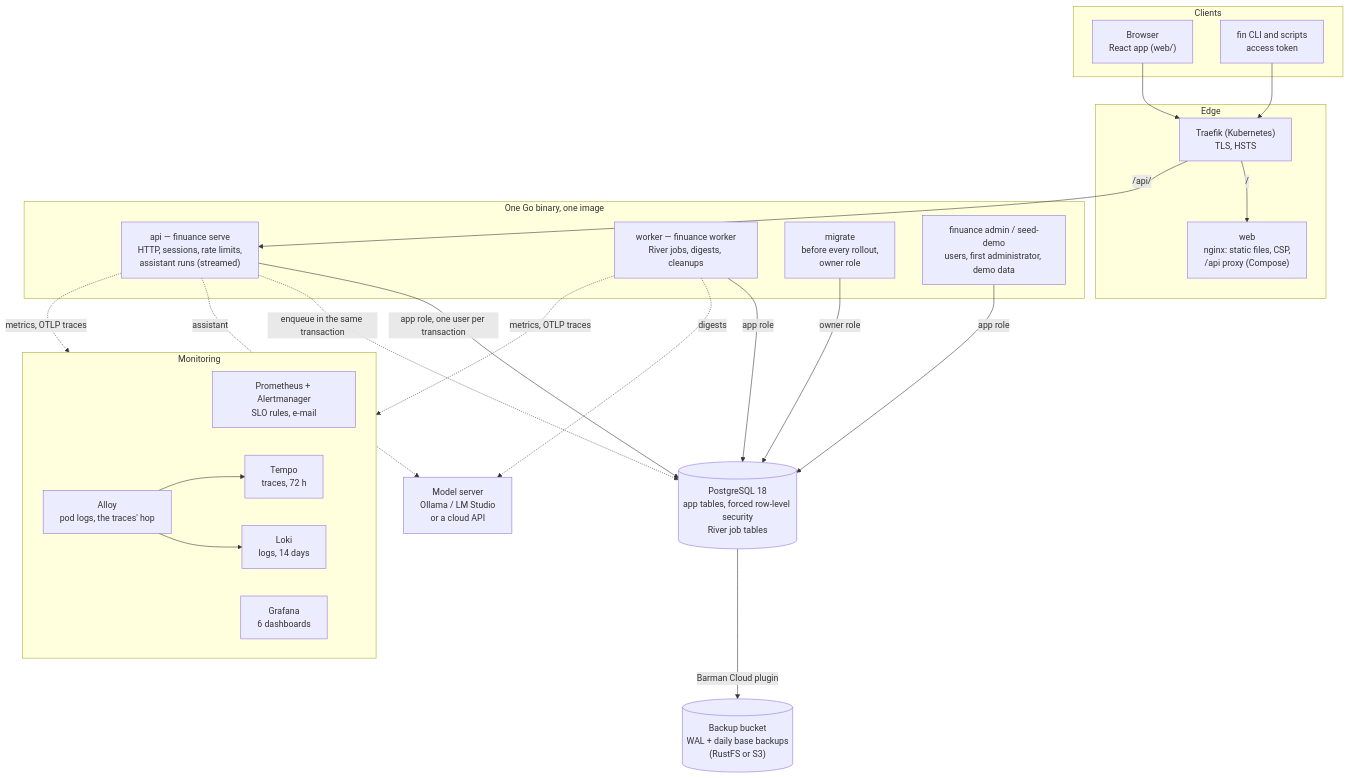
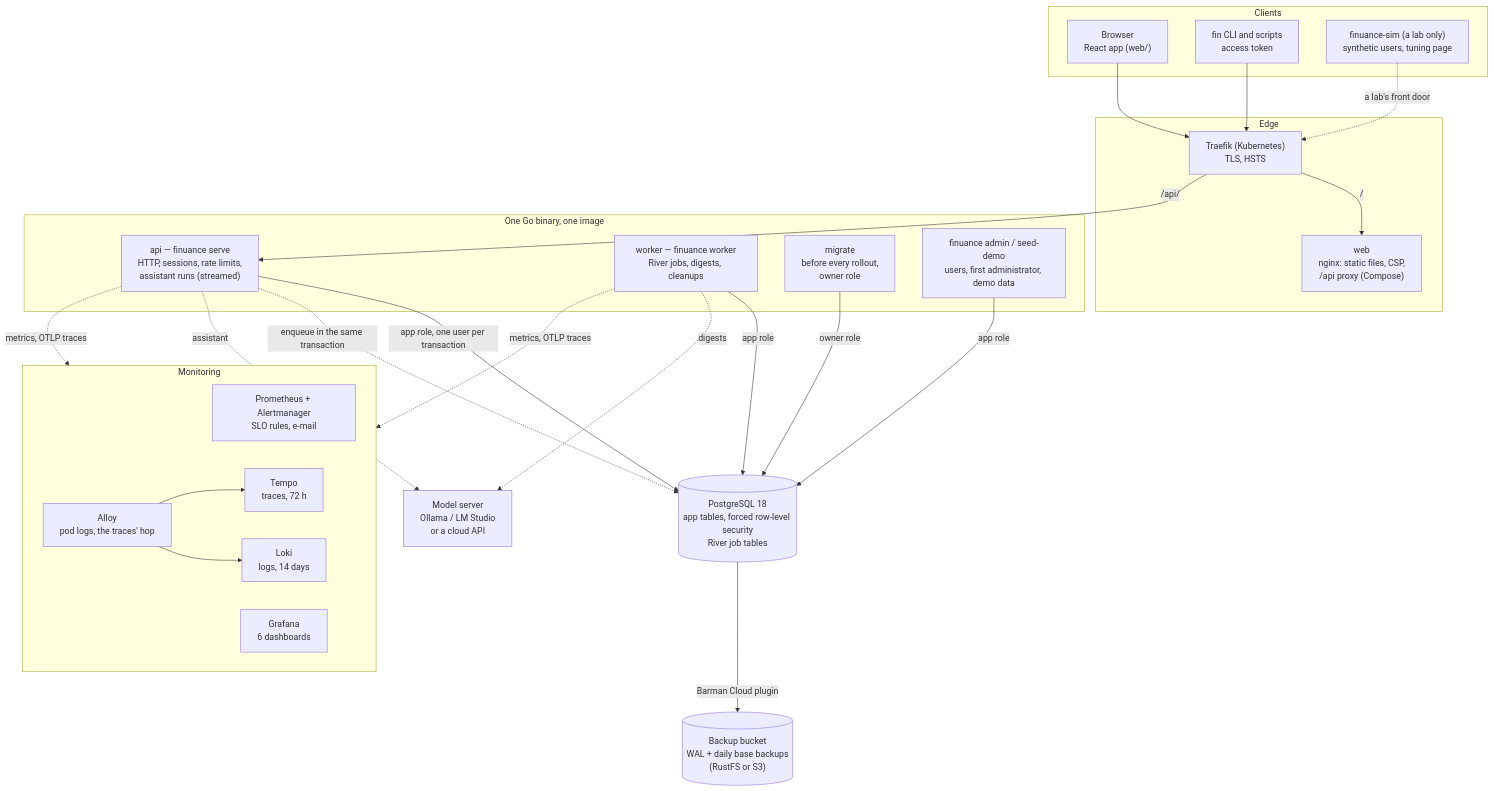
The first of 3 diagrams in docs/COMPONENTS.md (x2db736ac85h/Finuance), drawn with Mermaid before and after one commit. The commit also changed other lines of this file and 6 other files, not shown here.

First line of the commit message:
docs: the simulator in the component map, architecture, observability, RUNBOOK and README (25.11)

````diff
--- a/docs/COMPONENTS.md
+++ b/docs/COMPONENTS.md
@@ -7,48 +7,50 @@
 ```mermaid
 flowchart TB
     subgraph clients["Clients"]
         spa["Browser<br/>React app (web/)"]
         cli["fin CLI and scripts<br/>access token"]
+        sim["finuance-sim (a lab only)<br/>synthetic users, tuning page"]
     end
 
     subgraph edge["Edge"]
         ingress["Traefik (Kubernetes)<br/>TLS, HSTS"]
         web["web<br/>nginx: static files, CSP,<br/>/api proxy (Compose)"]
     end
 
     subgraph app["One Go binary, one image"]
         api["api — finuance serve<br/>HTTP, sessions, rate limits,<br/>assistant runs (streamed)"]
         worker["worker — finuance worker<br/>River jobs, digests, cleanups"]
         migrate["migrate<br/>before every rollout,<br/>owner role"]
         admincli["finuance admin / seed-demo<br/>users, first administrator, demo data"]
     end
 
     pg[("PostgreSQL 18<br/>app tables, forced row-level security<br/>River job tables")]
     backup[("Backup bucket<br/>WAL + daily base backups<br/>(RustFS or S3)")]
     llm["Model server<br/>Ollama / LM Studio<br/>or a cloud API"]
 
     subgraph obs["Monitoring"]
         prom["Prometheus + Alertmanager<br/>SLO rules, e-mail"]
         graf["Grafana<br/>6 dashboards"]
         tempo["Tempo<br/>traces, 72 h"]
         alloy["Alloy<br/>pod logs, the traces' hop"]
         loki["Loki<br/>logs, 14 days"]
     end
 
     spa --> ingress
     cli --> ingress
+    sim -. "a lab's front door" .-> ingress
     ingress -- "/" --> web
     ingress -- "/api/" --> api
     api -- "app role, one user per transaction" --> pg
     worker -- "app role" --> pg
     migrate -- "owner role" --> pg
     admincli -- "app role" --> pg
     api -. "enqueue in the same transaction" .-> pg
     pg -- "Barman Cloud plugin" --> backup
     api -. "assistant" .-> llm
     worker -. "digests" .-> llm
     api -. "metrics, OTLP traces" .-> obs
     worker -. "metrics, OTLP traces" .-> obs
     alloy --> tempo
     alloy --> loki
 ```
````
